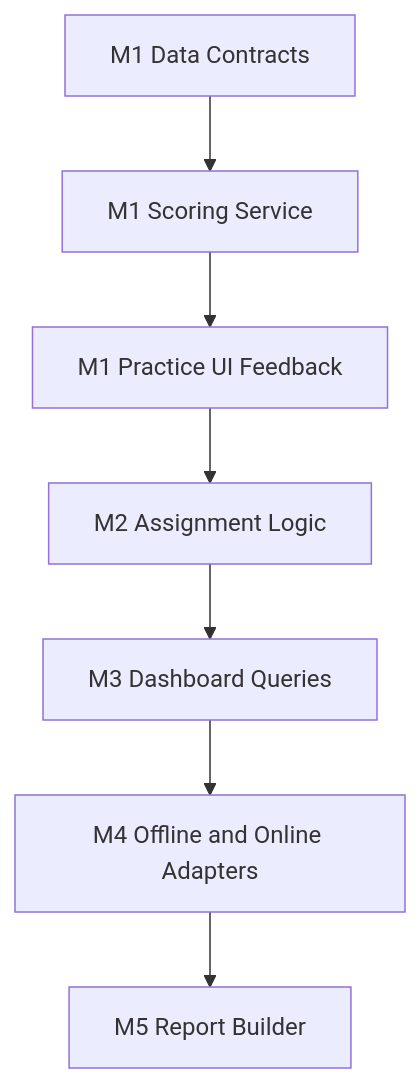
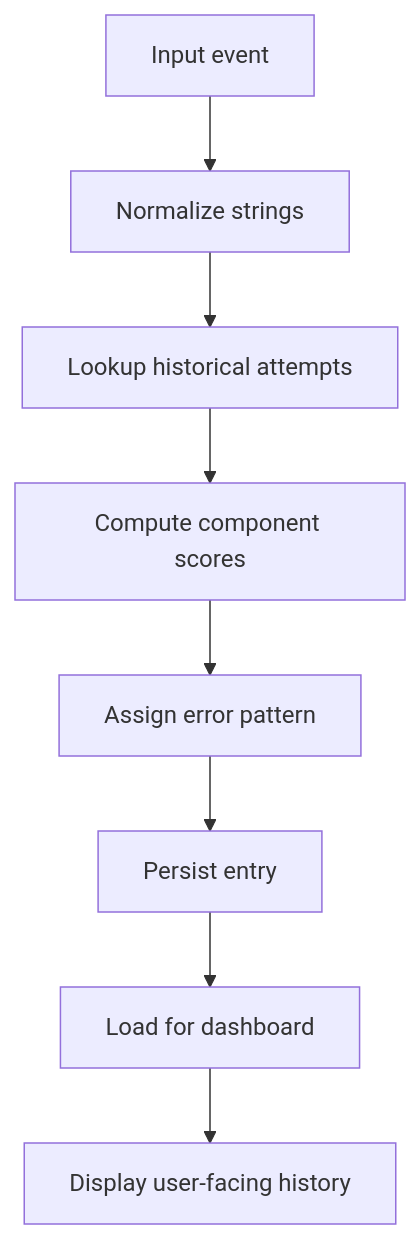
Before and after one commit to hkevin01/SpeechBuddyAI: the fourth of 5 diagrams in README.md, drawn with Mermaid. The commit also changed other lines of this file and 10 other files, not shown here.

````diff
--- a/README.md
+++ b/README.md
@@ -138,9 +163,10 @@
 ```mermaid
 flowchart TD
-   A[M1 Data Contracts] --> B[M1 Scoring Service]
-   B --> C[M1 Practice UI Feedback]
-   C --> D[M2 Assignment Logic]
-   D --> E[M3 Dashboard Queries]
-   E --> F[M4 Offline and Online Adapters]
-   F --> G[M5 Report Builder]
+    A[Input event] --> B[Normalize strings]
+    B --> C[Lookup historical attempts]
+    C --> D[Compute component scores]
+    D --> E[Assign error pattern]
+    E --> F[Persist entry]
+    F --> G[Load for dashboard]
+    G --> H[Display user-facing history]
 ```
````
